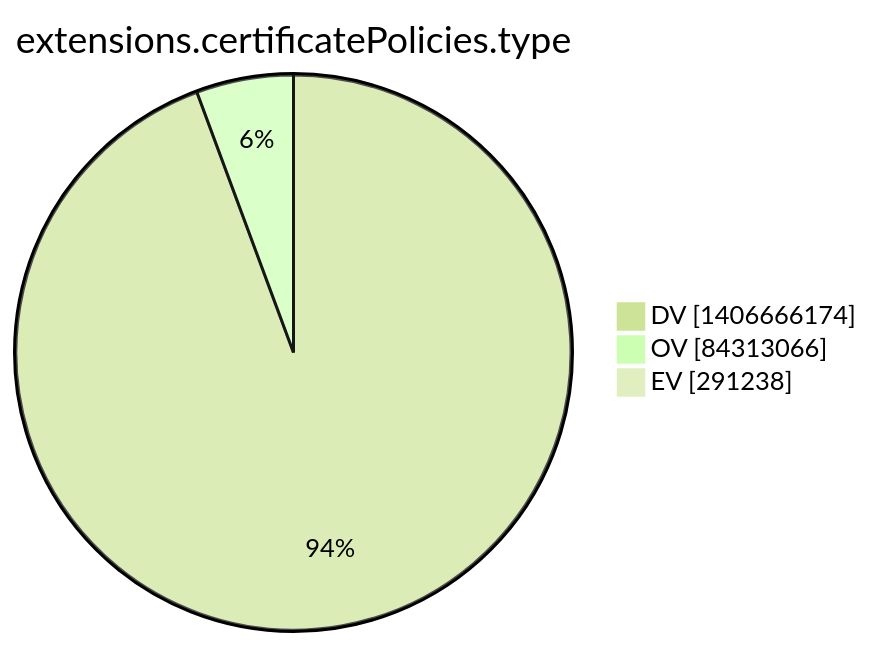
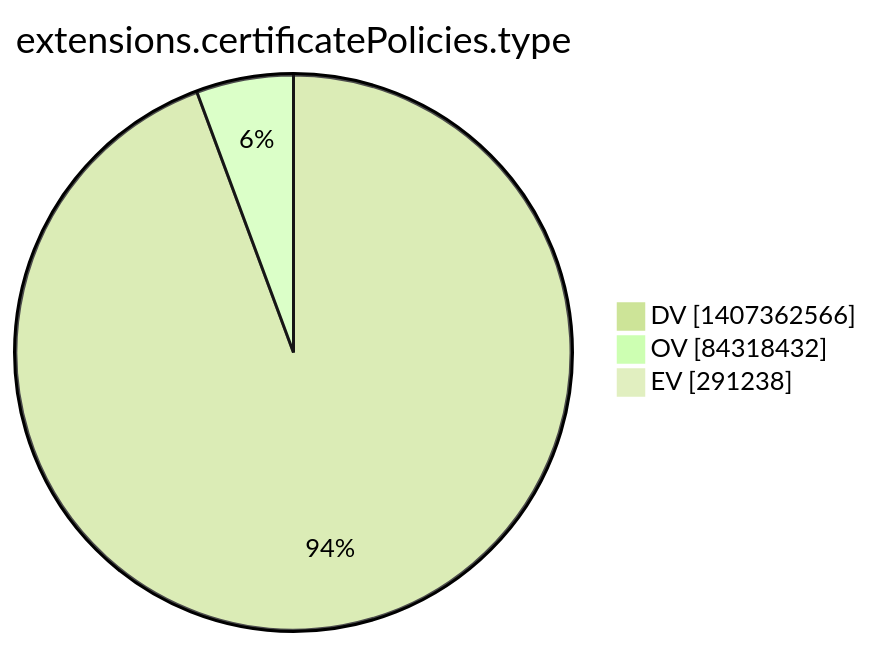
The tenth of 15 diagrams in argon2022/README.md (christiankrug/ctmonitor_visualization), drawn with Mermaid (forest theme) before and after one commit. The commit also changed other lines of this file, not shown here.

````diff
--- a/argon2022/README.md
+++ b/argon2022/README.md
@@ -2773,7 +2773,7 @@
 ```mermaid
 pie showData
 title extensions.certificatePolicies.type
-"DV" :1406666174
-"OV" :84313066
+"DV" :1407362566
+"OV" :84318432
 "EV" :291238
 ```
````
